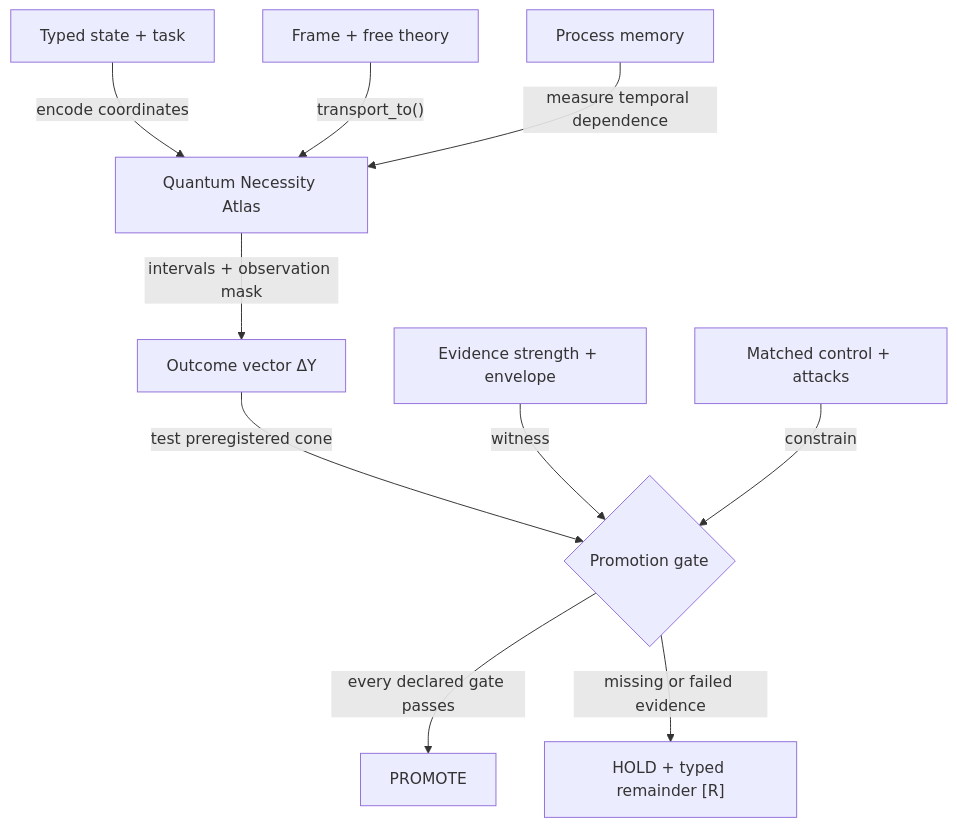
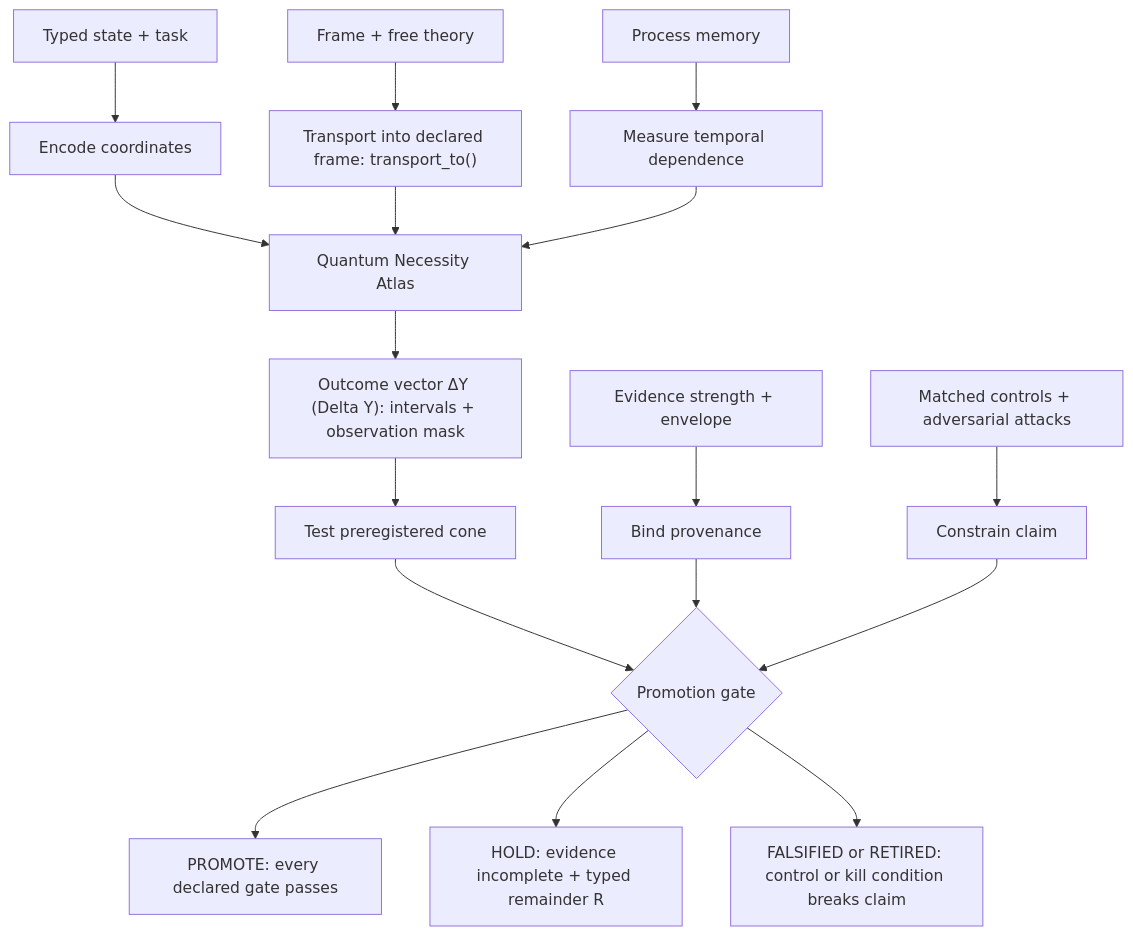
Before and after one commit to Dojo-1/hypercomplexbrain: the first of 3 diagrams in README.md, drawn with Mermaid. The commit also changed other lines of this file, not shown here.

Commit message:
Fix GitHub Mermaid rendering

````diff
--- a/README.md
+++ b/README.md
@@ -87,15 +87,24 @@
 ```mermaid
-flowchart TD
-    X["Typed state + task"] -->|"encode coordinates"| A["Quantum Necessity Atlas"]
-    F["Frame + free theory"] -->|"transport_to()"| A
-    M["Process memory"] -->|"measure temporal dependence"| A
+graph TD
+    X["Typed state + task"] --> XE["Encode coordinates"]
+    XE --> A["Quantum Necessity Atlas"]
 
-    A -->|"intervals + observation mask"| Y["Outcome vector ΔY"]
-    Y -->|"test preregistered cone"| G{"Promotion gate"}
+    F["Frame + free theory"] --> FT["Transport into declared frame: transport_to()"]
+    FT --> A
 
-    E["Evidence strength + envelope"] -->|"witness"| G
-    C["Matched control + attacks"] -->|"constrain"| G
+    M["Process memory"] --> MT["Measure temporal dependence"]
+    MT --> A
 
-    G -->|"every declared gate passes"| P["PROMOTE"]
-    G -->|"missing or failed evidence"| H["HOLD + typed remainder [R]"]
+    A --> Y["Outcome vector ΔY (Delta Y): intervals + observation mask"]
+    Y --> CT["Test preregistered cone"]
+    CT --> G{"Promotion gate"}
+
+    E["Evidence strength + envelope"] --> EB["Bind provenance"]
+    EB --> G
+    C["Matched controls + adversarial attacks"] --> CB["Constrain claim"]
+    CB --> G
+
+    G --> P["PROMOTE: every declared gate passes"]
+    G --> H["HOLD: evidence incomplete + typed remainder R"]
+    G --> K["FALSIFIED or RETIRED: control or kill condition breaks claim"]
 ```
````
